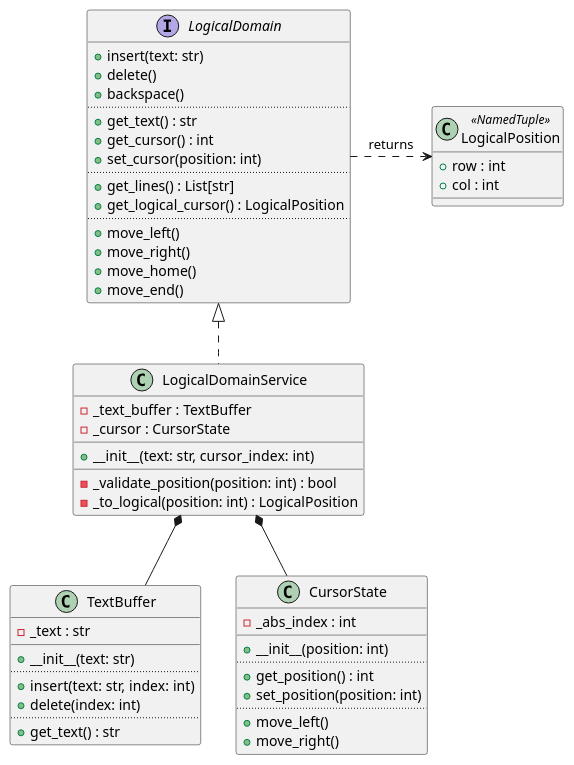
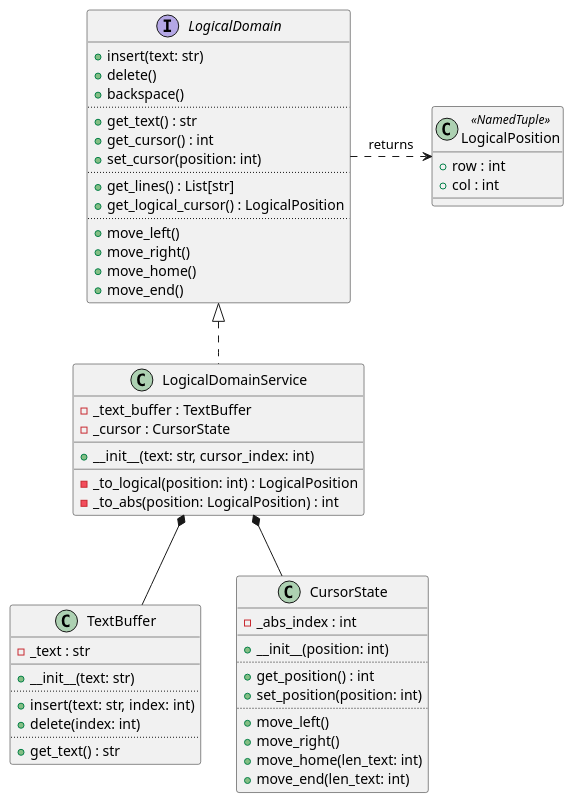
Before and after one commit to JoeRittiner/TextEngine: the diagram in docs/source/specs/architecture/diagrams/class-logical_domain.puml, drawn with PlantUML. The commit also changed 2 other files, not shown here.

Commit message:
doc: Update class diagrams

```diff
--- a/docs/source/specs/architecture/diagrams/class-logical_domain.puml
+++ b/docs/source/specs/architecture/diagrams/class-logical_domain.puml
@@ -1,73 +1,75 @@
 @startuml
 
 interface LogicalDomain {
     +insert(text: str)
     +delete()
     +backspace()
     ..
     ' Raw / Absolute Values
     +get_text() : str
     +get_cursor() : int
     +set_cursor(position: int)
     ..
     ' Logical Values
     +get_lines() : List[str]
     +get_logical_cursor() : LogicalPosition
     ..
     +move_left()
     +move_right()
     +move_home()
     +move_end()
 }
 
 class LogicalDomainService {
     -_text_buffer : TextBuffer
     -_cursor : CursorState
     __
     +__init__(text: str, cursor_index: int)
     __
-    -_validate_position(position: int) : bool
     -_to_logical(position: int) : LogicalPosition
+    -_to_abs(position: LogicalPosition) : int
 }
 
 class TextBuffer {
     -_text : str
     __
     +__init__(text: str)
     ..
     +insert(text: str, index: int)
     +delete(index: int)
     ' backspace is orchestrated by LogicalDomainService, not a buffer operation
     ..
     +get_text() : str
 }
 
 class CursorState {
     -_abs_index : int
     __
     +__init__(position: int)
     ..
     +get_position() : int
     +set_position(position: int)
     ..
     +move_left()
     +move_right()
+    +move_home(len_text: int)
+    +move_end(len_text: int)
 }
 
 class LogicalPosition <<NamedTuple>> {
     +row : int
     +col : int
 }
 
 ' ----
 
 LogicalDomain <|.. LogicalDomainService
 
 LogicalDomainService *-- TextBuffer
 LogicalDomainService *-- CursorState
 
 ' ----
 
 LogicalDomain .> LogicalPosition : returns
 
 @enduml
```
